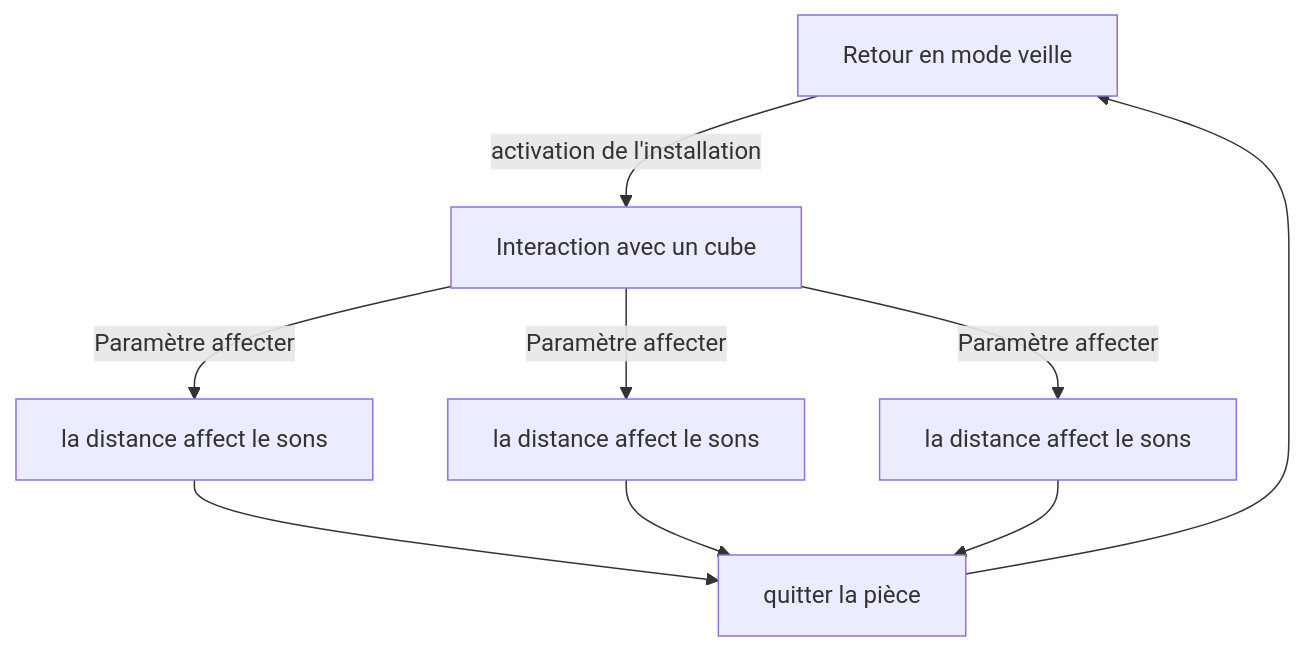
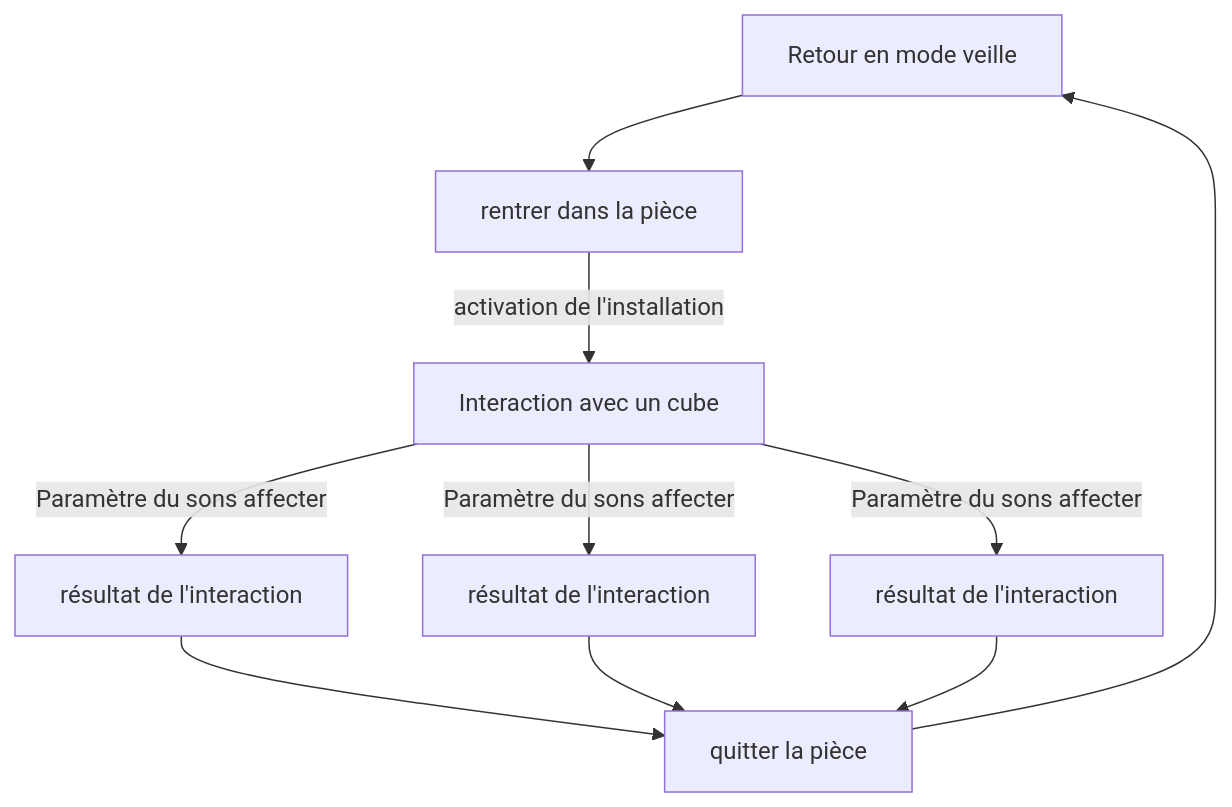
Before and after one commit to Ethereal-Creators/Etheria: the diagram in 20_intention/30_scenario/README.md, drawn with Mermaid.

Commit message:
correction des verbes

````diff
--- a/20_intention/30_scenario/README.md
+++ b/20_intention/30_scenario/README.md
@@ -13,11 +13,12 @@
 ```mermaid
 graph TD
-    A[Retour en mode veille] --activation de l'installation--> B[la distance affect le sons]
-    B[Interaction avec un cube] -- Paramètre affecter --> C[la distance affect le sons]
-    B --Paramètre affecter --> D[la distance affect le sons]
-    B --Paramètre affecter --> E[la distance affect le sons]
+    A[Retour en mode veille] --> x[rentrer dans la pièce]
+    x -- activation de l'installation --> B
+    B[Interaction avec un cube] -- Paramètre du sons affecter --> C[résultat de l'interaction]
+    B --Paramètre du sons affecter --> D[résultat de l'interaction]
+    B --Paramètre du sons affecter --> E[résultat de l'interaction]
     C --> F[quitter la pièce]
     D --> F
     E --> F
     F --> A
 ```
````
